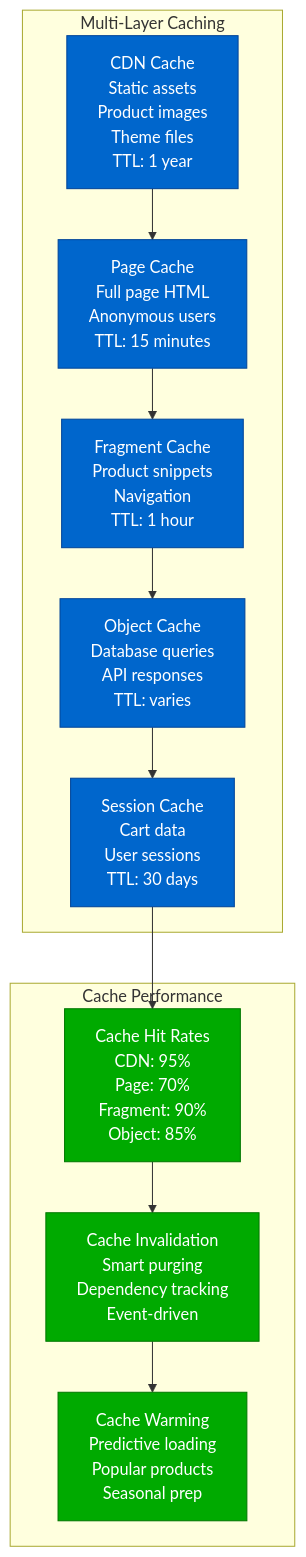
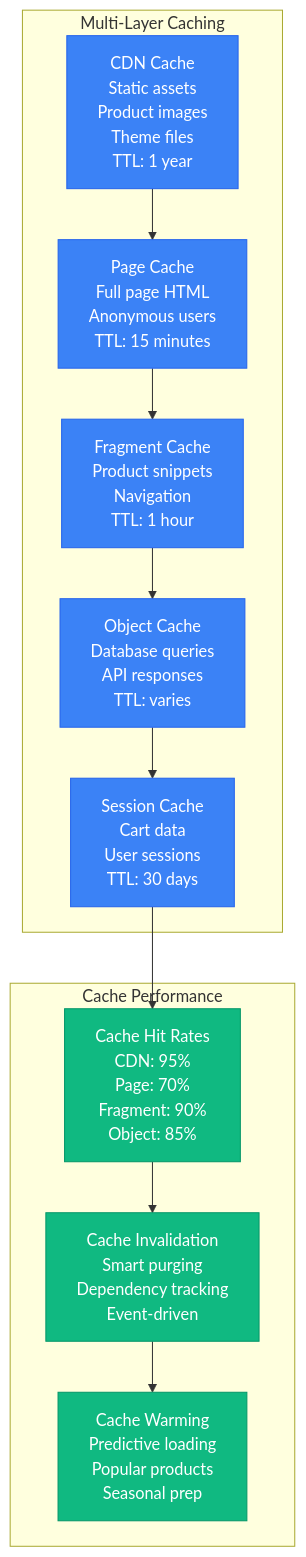
The fifth of 6 diagrams in site/docs/systems/shopify/request-flow.md (deepaucksharma/DS), drawn with Mermaid before and after one commit. The commit also changed other lines of this file and 303 other files, not shown here.

````diff
--- a/site/docs/systems/shopify/request-flow.md
+++ b/site/docs/systems/shopify/request-flow.md
@@ -318,39 +318,39 @@
 ```mermaid
 graph TB
     subgraph "Multi-Layer Caching"
         CDN_CACHE[CDN Cache<br/>Static assets<br/>Product images<br/>Theme files<br/>TTL: 1 year]
 
         PAGE_CACHE[Page Cache<br/>Full page HTML<br/>Anonymous users<br/>TTL: 15 minutes]
 
         FRAGMENT_CACHE[Fragment Cache<br/>Product snippets<br/>Navigation<br/>TTL: 1 hour]
 
         OBJECT_CACHE[Object Cache<br/>Database queries<br/>API responses<br/>TTL: varies]
 
         SESSION_CACHE[Session Cache<br/>Cart data<br/>User sessions<br/>TTL: 30 days]
 
         %% Cache hierarchy
         CDN_CACHE --> PAGE_CACHE
         PAGE_CACHE --> FRAGMENT_CACHE
         FRAGMENT_CACHE --> OBJECT_CACHE
         OBJECT_CACHE --> SESSION_CACHE
     end
 
     subgraph "Cache Performance"
         HIT_RATES[Cache Hit Rates<br/>CDN: 95%<br/>Page: 70%<br/>Fragment: 90%<br/>Object: 85%]
 
         INVALIDATION[Cache Invalidation<br/>Smart purging<br/>Dependency tracking<br/>Event-driven]
 
         WARMING[Cache Warming<br/>Predictive loading<br/>Popular products<br/>Seasonal prep]
     end
 
     SESSION_CACHE --> HIT_RATES
     HIT_RATES --> INVALIDATION
     INVALIDATION --> WARMING
 
     %% Apply cache colors
-    classDef cacheStyle fill:#0066CC,stroke:#004499,color:#fff
-    classDef performanceStyle fill:#00AA00,stroke:#007700,color:#fff
+    classDef cacheStyle fill:#3B82F6,stroke:#2563EB,color:#fff
+    classDef performanceStyle fill:#10B981,stroke:#059669,color:#fff
 
     class CDN_CACHE,PAGE_CACHE,FRAGMENT_CACHE,OBJECT_CACHE,SESSION_CACHE cacheStyle
     class HIT_RATES,INVALIDATION,WARMING performanceStyle
 ```
````
